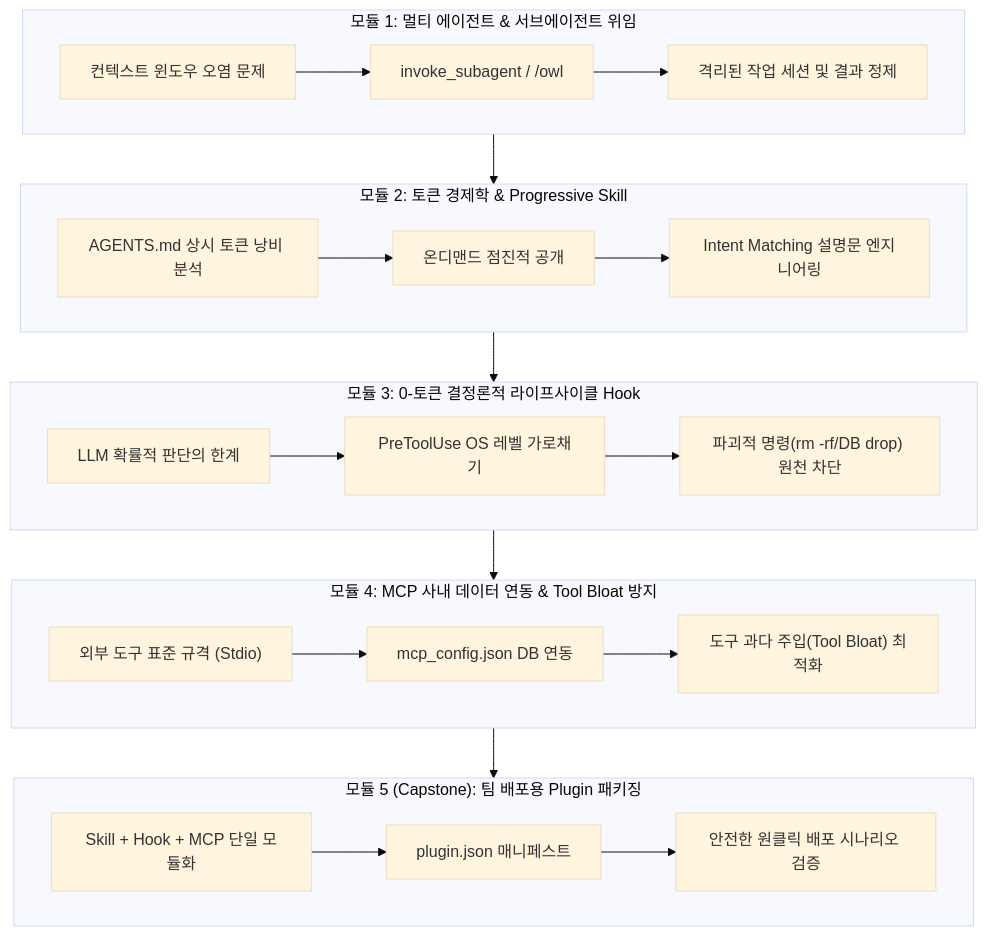
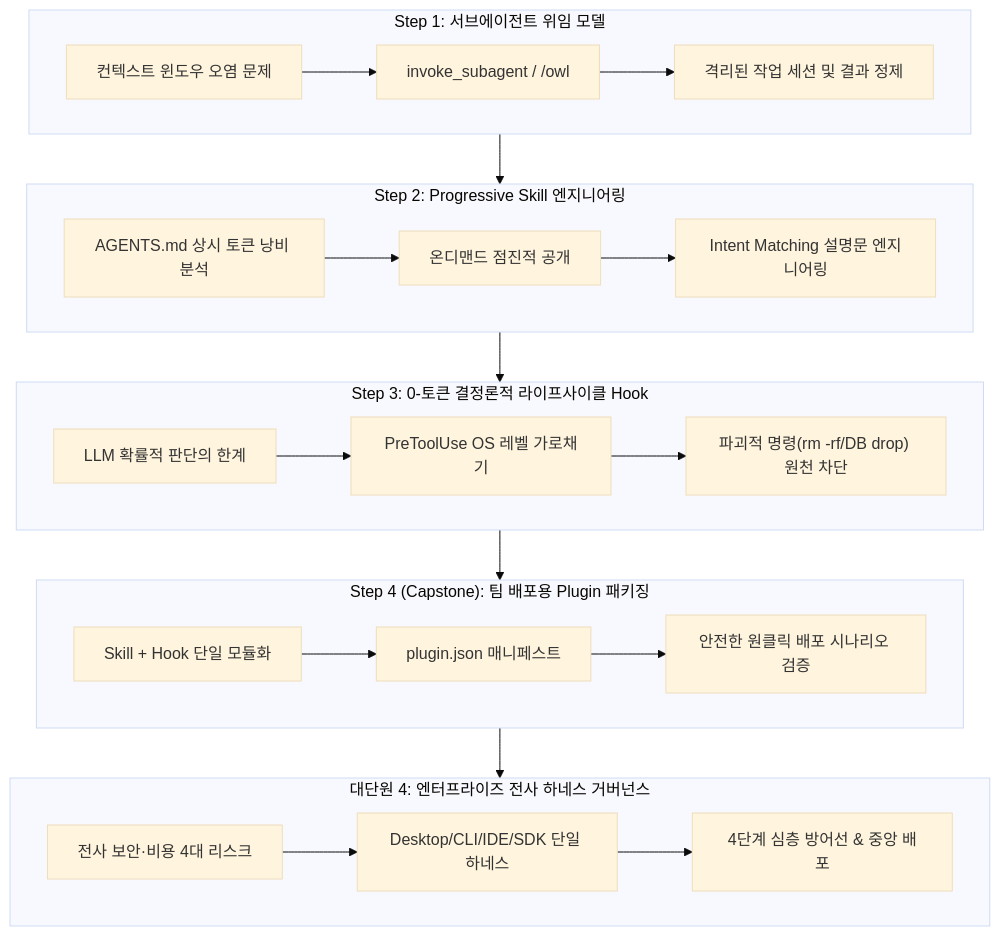
The first of 4 diagrams in agy_lab/agy_basic/agy_intermediate.md (shins777/antigravity_lab), drawn with Mermaid (base theme) before and after one commit. The commit also changed other lines of this file and 2 other files, not shown here.

````diff
--- a/agy_lab/agy_basic/agy_intermediate.md
+++ b/agy_lab/agy_basic/agy_intermediate.md
@@ -14,29 +41,29 @@
 ```mermaid
 flowchart TD
-    subgraph M1["모듈 1: 멀티 에이전트 & 서브에이전트 위임"]
+    subgraph M1["Step 1: 서브에이전트 위임 모델"]
         direction LR
         A1["컨텍스트 윈도우 오염 문제"] --> A2["invoke_subagent / /owl"] --> A3["격리된 작업 세션 및 결과 정제"]
     end
 
-    subgraph M2["모듈 2: 토큰 경제학 & Progressive Skill"]
+    subgraph M2["Step 2: Progressive Skill 엔지니어링"]
         direction LR
         B1["AGENTS.md 상시 토큰 낭비 분석"] --> B2["온디맨드 점진적 공개"] --> B3["Intent Matching 설명문 엔지니어링"]
     end
 
-    subgraph M3["모듈 3: 0-토큰 결정론적 라이프사이클 Hook"]
+    subgraph M3["Step 3: 0-토큰 결정론적 라이프사이클 Hook"]
         direction LR
         C1["LLM 확률적 판단의 한계"] --> C2["PreToolUse OS 레벨 가로채기"] --> C3["파괴적 명령(rm -rf/DB drop) 원천 차단"]
     end
 
-    subgraph M4["모듈 4: MCP 사내 데이터 연동 & Tool Bloat 방지"]
+    subgraph M4["Step 4 (Capstone): 팀 배포용 Plugin 패키징"]
         direction LR
-        D1["외부 도구 표준 규격 (Stdio)"] --> D2["mcp_config.json DB 연동"] --> D3["도구 과다 주입(Tool Bloat) 최적화"]
+        D1["Skill + Hook 단일 모듈화"] --> D2["plugin.json 매니페스트"] --> D3["안전한 원클릭 배포 시나리오 검증"]
     end
 
-    subgraph M5["모듈 5 (Capstone): 팀 배포용 Plugin 패키징"]
+    subgraph M5["대단원 4: 엔터프라이즈 전사 하네스 거버넌스"]
         direction LR
-        E1["Skill + Hook + MCP 단일 모듈화"] --> E2["plugin.json 매니페스트"] --> E3["안전한 원클릭 배포 시나리오 검증"]
+        E1["전사 보안·비용 4대 리스크"] --> E2["Desktop/CLI/IDE/SDK 단일 하네스"] --> E3["4단계 심층 방어선 & 중앙 배포"]
     end
 
     M1 --> M2 --> M3 --> M4 --> M5
 ```
````
